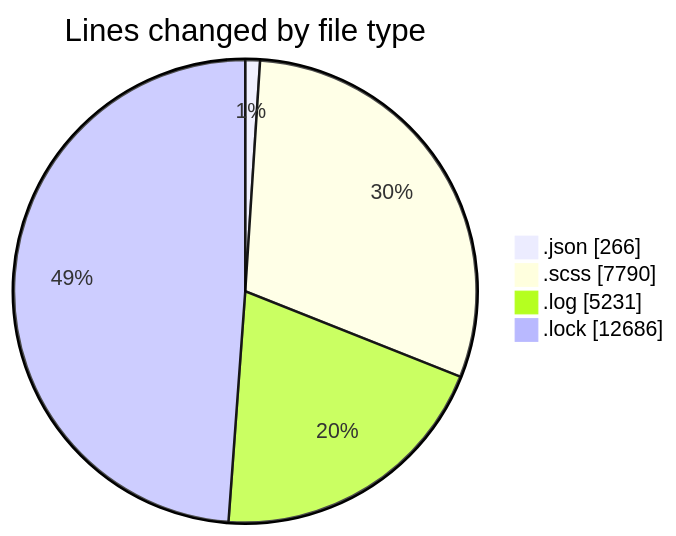
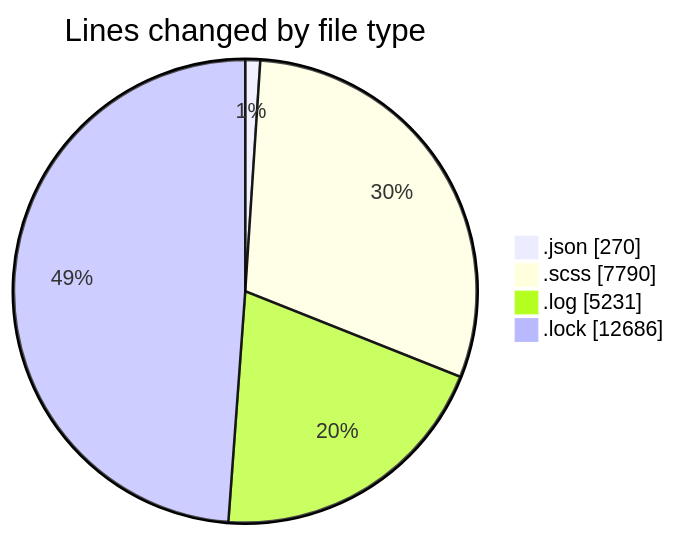
The first of 2 diagrams in 2026-01-22/cda/README.md (momahboobian/code-tracking), drawn with Mermaid before and after one commit. The commit also changed other lines of this file and 1 other file, not shown here.

````diff
--- a/2026-01-22/cda/README.md
+++ b/2026-01-22/cda/README.md
@@ -81,8 +81,8 @@
 ```mermaid
 pie showData
 title Lines changed by file type
-".json" : 266
+".json" : 270
 ".scss" : 7790
 ".log" : 5231
 ".lock" : 12686
 ```
````
